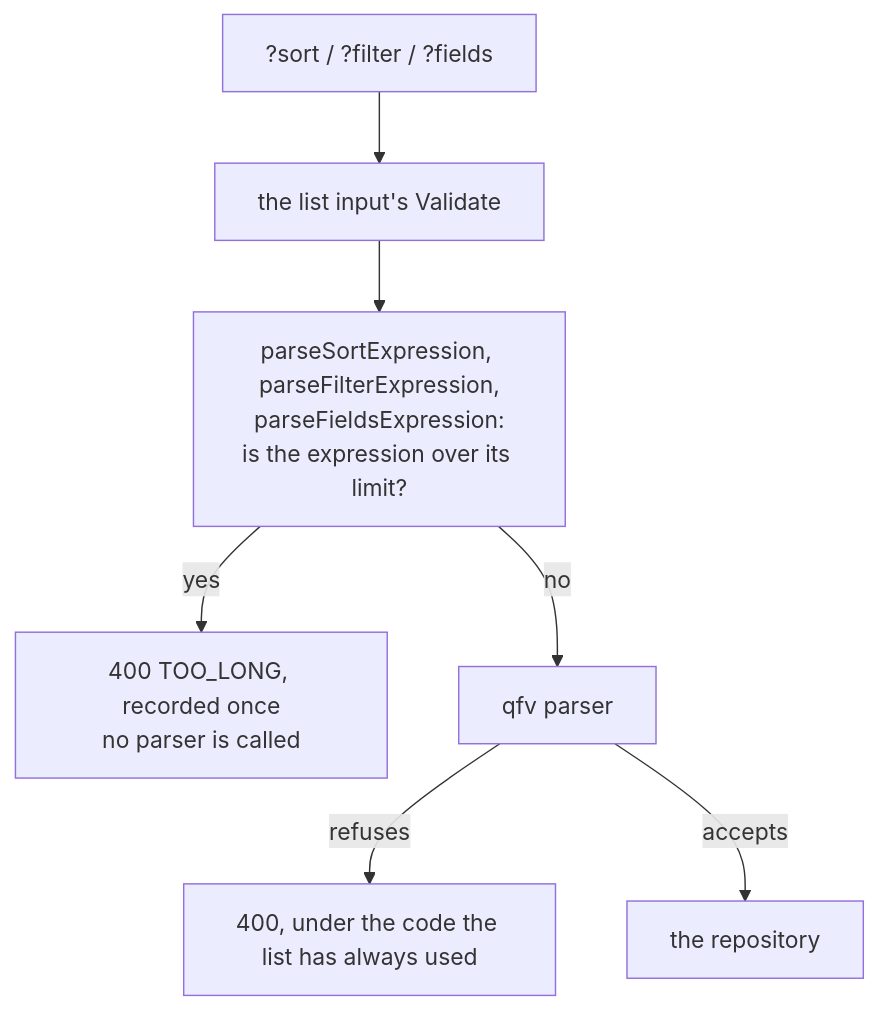
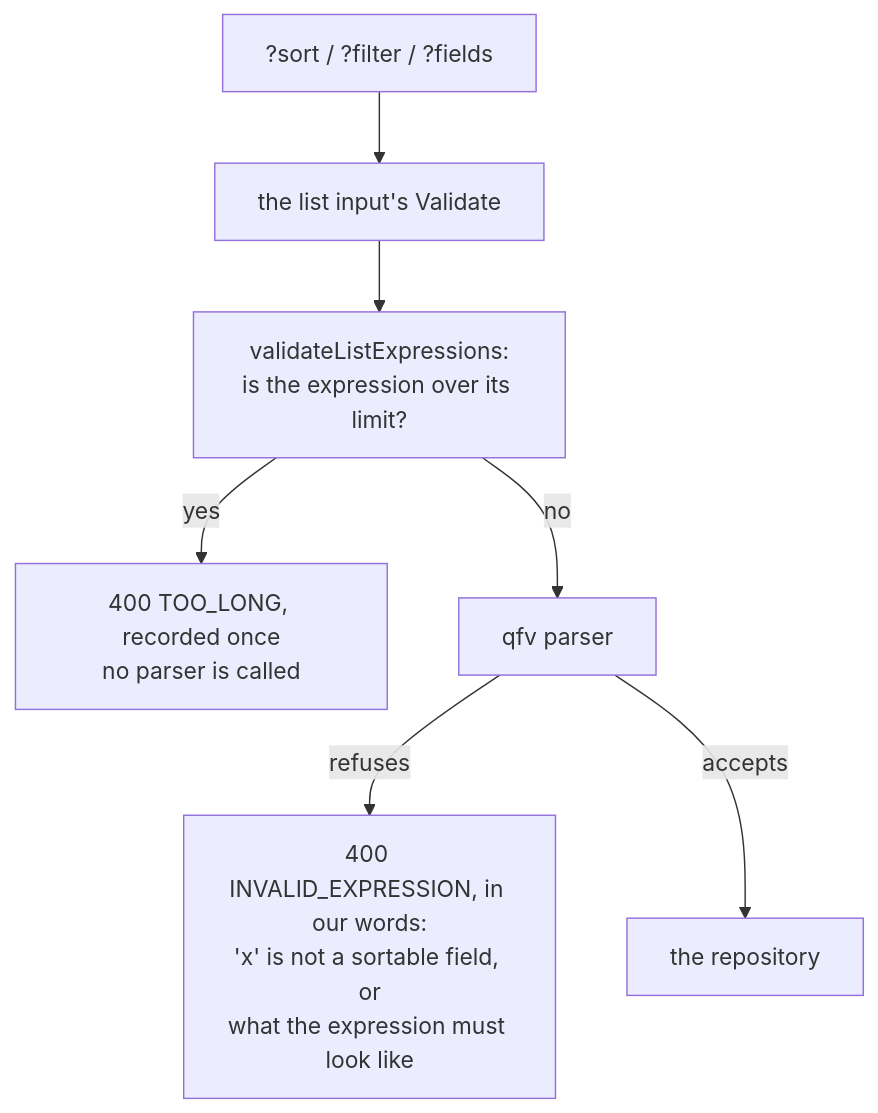
Before and after one commit to p2p-b2b/go-rest-api-service-template: the third of 9 diagrams in docs/architecture/security.md, drawn with Mermaid. The commit also changed other lines of this file and 16 other files, not shown here.

First line of the commit message:
fix(validation): a refused list expression is answered in our words, under one code (#171)

````diff
--- a/docs/architecture/security.md
+++ b/docs/architecture/security.md
@@ -146,9 +146,9 @@
 ```mermaid
 flowchart TD
     Q["?sort / ?filter / ?fields"] --> V["the list input's Validate"]
-    V --> B["parseSortExpression, parseFilterExpression,<br/>parseFieldsExpression:<br/>is the expression over its limit?"]
+    V --> B["validateListExpressions:<br/>is the expression over its limit?"]
     B -->|yes| R["400 TOO_LONG, recorded once<br/>no parser is called"]
     B -->|no| P["qfv parser"]
-    P -->|refuses| R2["400, under the code the list has always used"]
+    P -->|refuses| R2["400 INVALID_EXPRESSION, in our words:<br/>'x' is not a sortable field, or<br/>what the expression must look like"]
     P -->|accepts| OK["the repository"]
 ```
````
